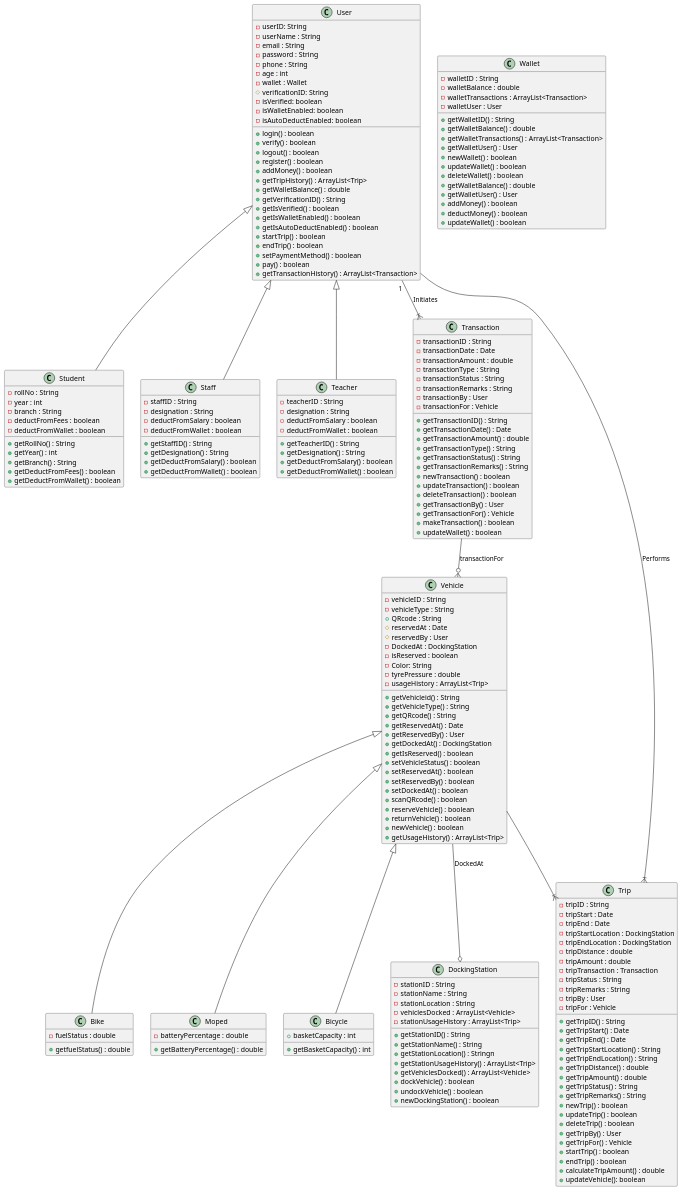
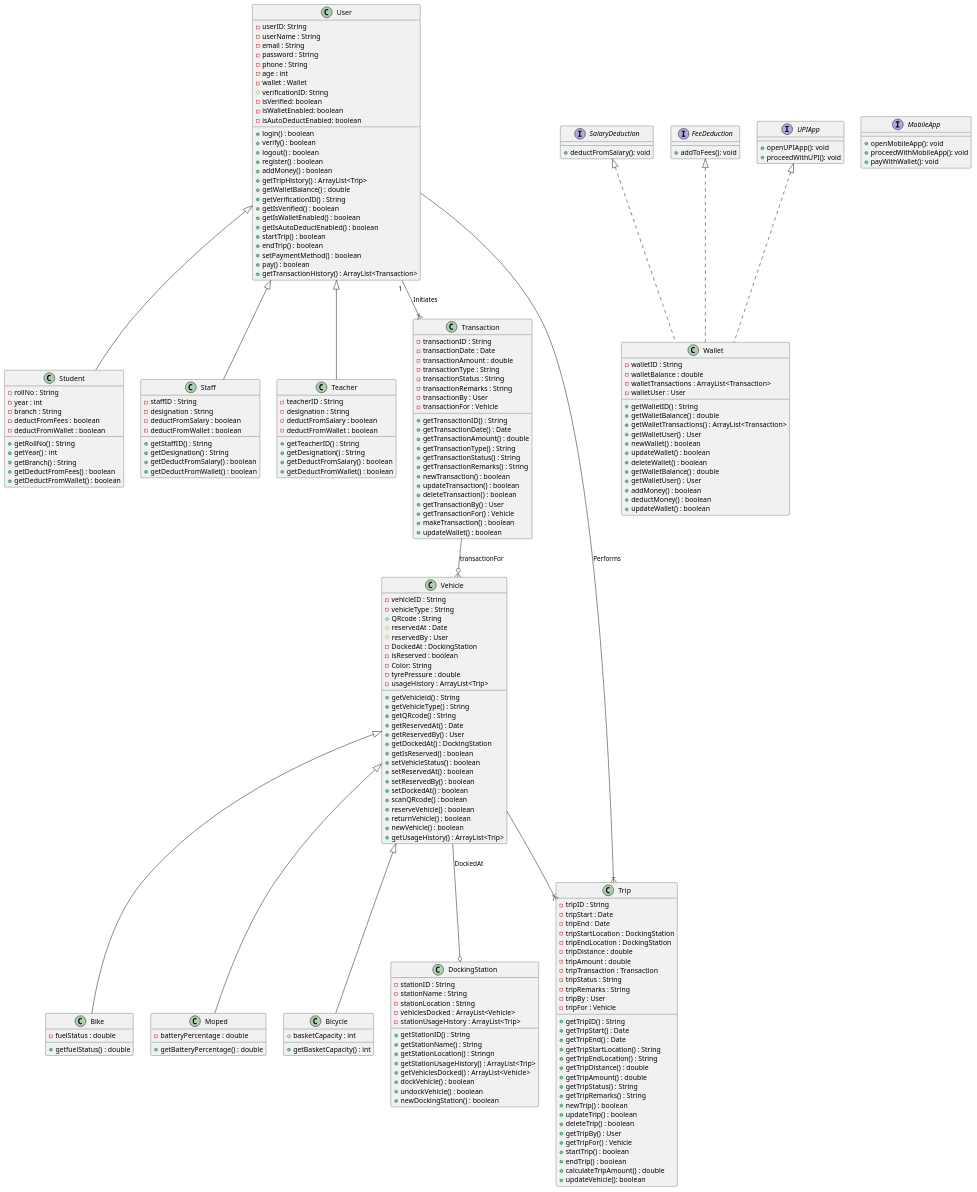
One commit to ROHIT32767/Smart-Vehicle-Booking-System changed the diagram in A1-Class.puml. Above: the diagram before and after it, drawn with PlantUML. The commit also changed 1 other file, not shown here.

Commit message:
Add Wallet implementation and UPIApp interface

```diff
--- a/A1-Class.puml
+++ b/A1-Class.puml
@@ -214,7 +214,7 @@
     + updateVehicle(): boolean
 }
 
-class Wallet{
+class Wallet implements SalaryDeduction, FeeDeduction , UPIApp{
     - walletID : String
     - walletBalance : double
     - walletTransactions : ArrayList<Transaction>
@@ -233,6 +233,25 @@
     + updateWallet() : boolean
 }
 
+interface UPIApp {
+  + openUPIApp(): void
+  + proceedWithUPI(): void
+}
+
+interface MobileApp {
+  + openMobileApp(): void
+  + proceedWithMobileApp(): void
+  + payWithWallet(): void
+}
+
+interface SalaryDeduction {
+  + deductFromSalary(): void
+}
+
+interface FeeDeduction {
+  + addToFees(): void
+}
+
 User " 1 "--|{ Transaction: Initiates
 User --|{ Trip: Performs
 Vehicle --|{ Trip
@@ -241,4 +260,6 @@
 
 
 
+
+
 @enduml
```
